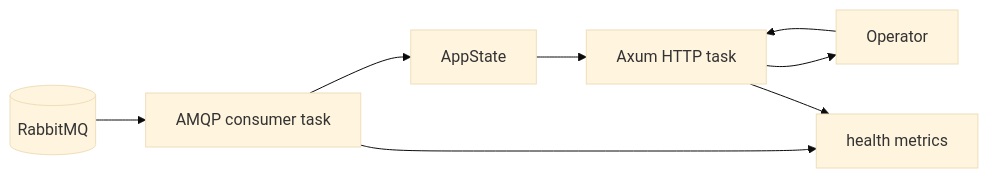
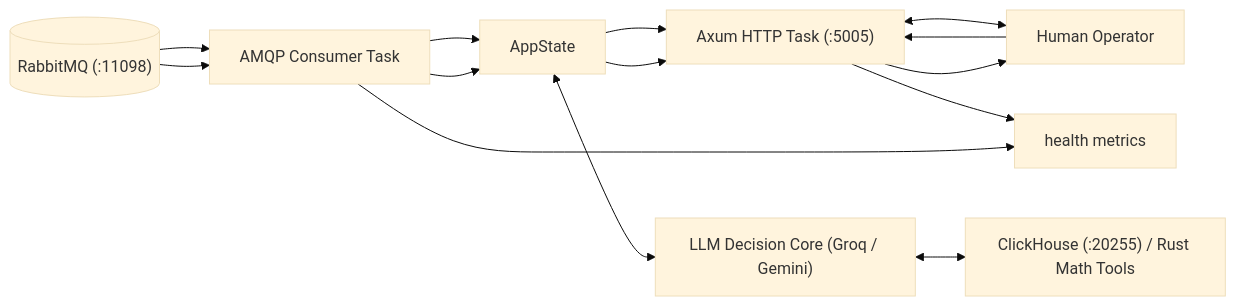
One commit to Clearleaff/Replenishment-Engine changed the diagram in src/RustDataPlatform/hybrid-orchestrator/RUNBOOK.md. Above: the diagram before and after it, drawn with Mermaid (base theme). The commit also changed other lines of this file and 28 other files, not shown here.

````diff
--- a/src/RustDataPlatform/hybrid-orchestrator/RUNBOOK.md
+++ b/src/RustDataPlatform/hybrid-orchestrator/RUNBOOK.md
@@ -24,11 +33,17 @@
 ```mermaid
 flowchart LR
     Rabbit[(RabbitMQ)] --> Consumer[AMQP consumer task]
     Consumer --> State[AppState]
     State --> Api[Axum HTTP task]
     Operator[Operator] --> Api
     Api --> Operator
 
     Consumer --> Metrics[health metrics]
     Api --> Metrics
+    Rabbit[("RabbitMQ (:11098)")] --> Consumer["AMQP Consumer Task"]
+    Consumer --> State["AppState"]
+    State <--> LLM["LLM Decision Core (Groq / Gemini)"]
+    LLM <--> Tools["ClickHouse (:20255) / Rust Math Tools"]
+    State --> Api["Axum HTTP Task (:5005)"]
+    Operator["Human Operator"] <--> Api
 ```
````
